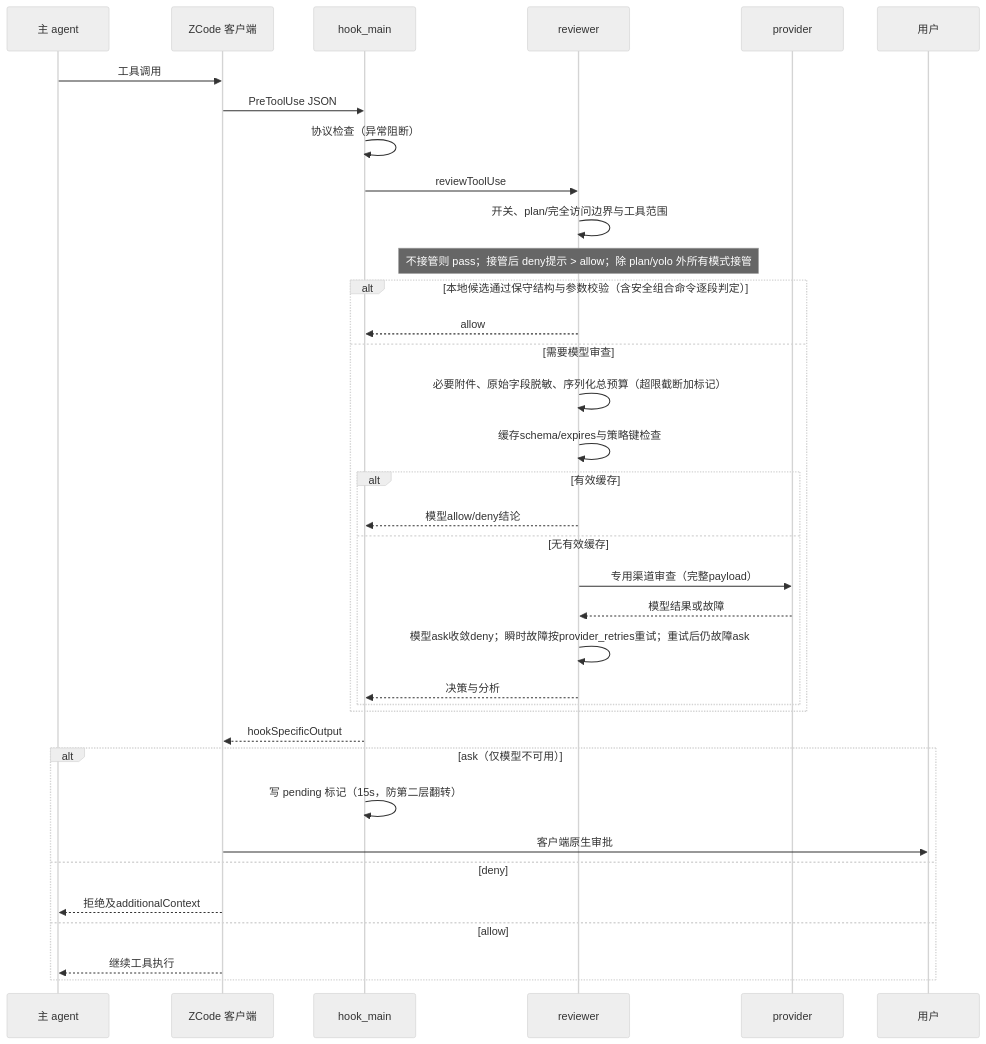
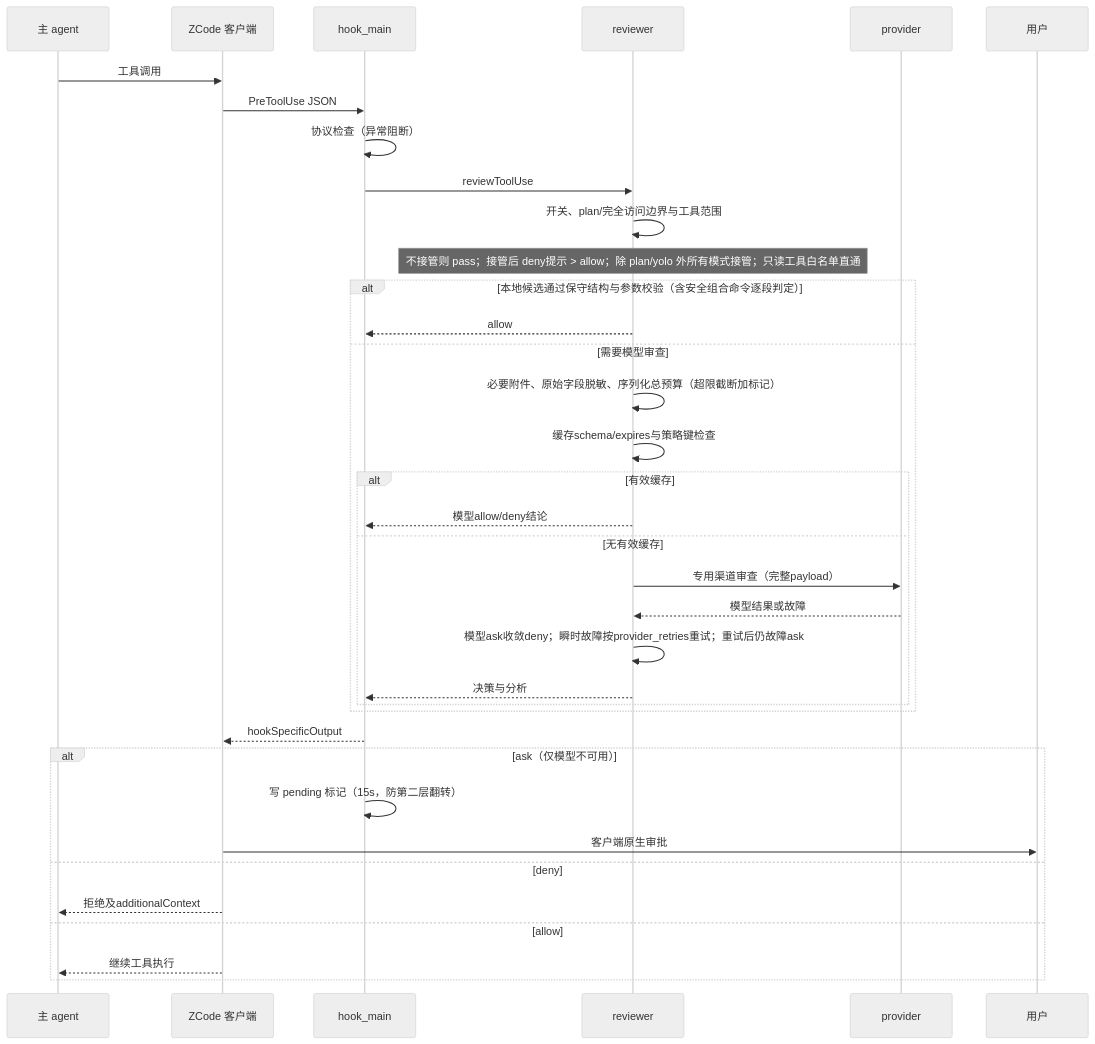
The first of 4 diagrams in docs/project_wiki/02_开发文档/模块运行流程图.md (cy-2-u/zhao), drawn with Mermaid (neutral theme) before and after one commit. The commit also changed other lines of this file and 19 other files, not shown here.

````diff
--- a/docs/project_wiki/02_开发文档/模块运行流程图.md
+++ b/docs/project_wiki/02_开发文档/模块运行流程图.md
@@ -5,38 +5,38 @@
 ```mermaid
 sequenceDiagram
     participant M as 主 agent
     participant Z as ZCode 客户端
     participant H as hook_main
     participant R as reviewer
     participant P as provider
     participant U as 用户
     M->>Z: 工具调用
     Z->>H: PreToolUse JSON
     H->>H: 协议检查（异常阻断）
     H->>R: reviewToolUse
     R->>R: 开关、plan/完全访问边界与工具范围
-    Note over R: 不接管则 pass；接管后 deny提示 > allow；除 plan/yolo 外所有模式接管
+    Note over R: 不接管则 pass；接管后 deny提示 > allow；除 plan/yolo 外所有模式接管；只读工具白名单直通
     alt 本地候选通过保守结构与参数校验（含安全组合命令逐段判定）
         R-->>H: allow
     else 需要模型审查
         R->>R: 必要附件、原始字段脱敏、序列化总预算（超限截断加标记）
         R->>R: 缓存schema/expires与策略键检查
         alt 有效缓存
             R-->>H: 模型allow/deny结论
         else 无有效缓存
             R->>P: 专用渠道审查（完整payload）
             P-->>R: 模型结果或故障
             R->>R: 模型ask收敛deny；瞬时故障按provider_retries重试；重试后仍故障ask
             R-->>H: 决策与分析
         end
     end
     H-->>Z: hookSpecificOutput
     alt ask（仅模型不可用）
         H->>H: 写 pending 标记（15s，防第二层翻转）
         Z->>U: 客户端原生审批
     else deny
         Z-->>M: 拒绝及additionalContext
     else allow
         Z-->>M: 继续工具执行
     end
 ```
````
